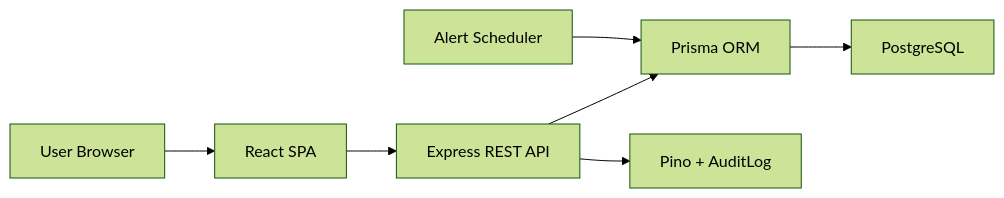
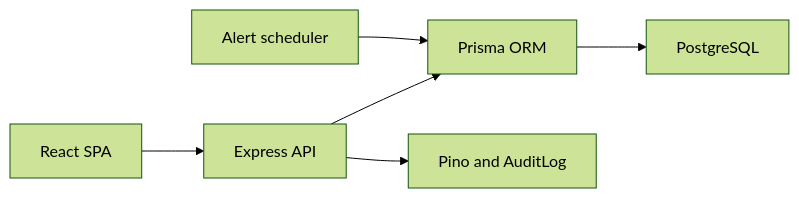
The first of 2 diagrams in docs/ARCHITECTURE.md (2023t01635-eng/maintenance-report-system), drawn with Mermaid (forest theme) before and after one commit. The commit also changed other lines of this file and 38 other files, not shown here.

````diff
--- a/docs/ARCHITECTURE.md
+++ b/docs/ARCHITECTURE.md
@@ -5,9 +5,8 @@
 ```mermaid
 flowchart LR
-  User["User Browser"] --> Web["React SPA"]
-  Web --> API["Express REST API"]
-  API --> Prisma["Prisma ORM"]
-  Prisma --> DB["PostgreSQL"]
-  API --> Logs["Pino + AuditLog"]
-  Scheduler["Alert Scheduler"] --> Prisma
+  Browser[React SPA] --> API[Express API]
+  API --> Prisma[Prisma ORM]
+  Prisma --> DB[PostgreSQL]
+  Scheduler[Alert scheduler] --> Prisma
+  API --> Audit[Pino and AuditLog]
 ```
````
